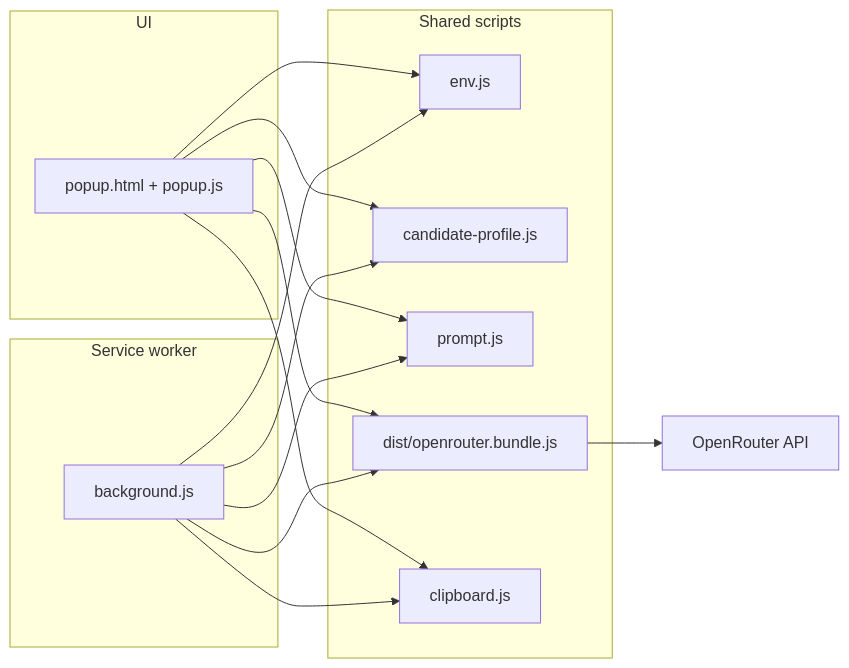
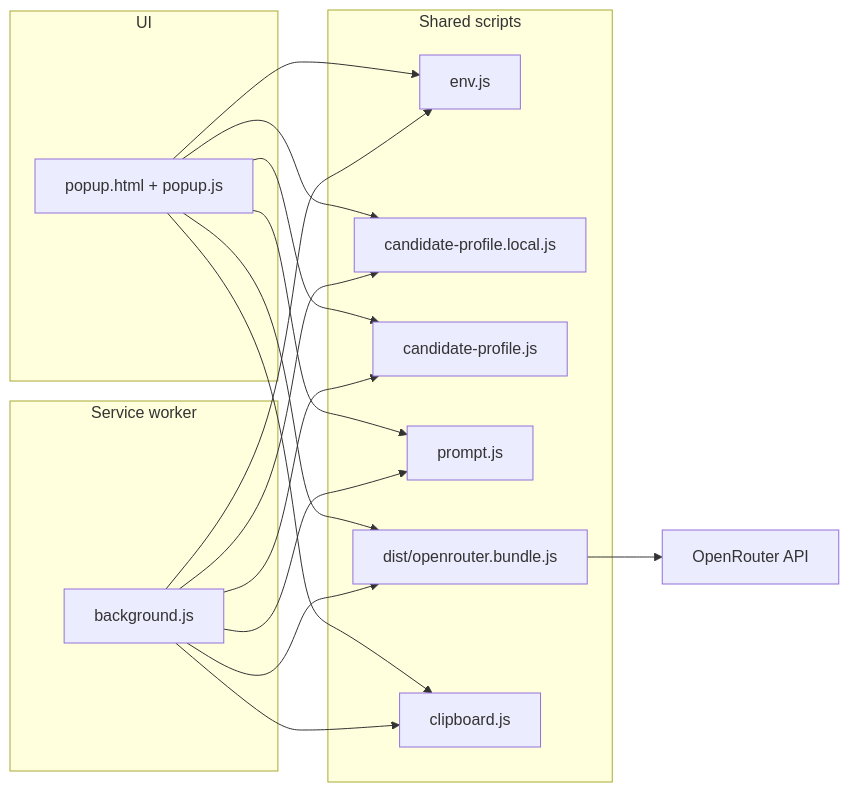
Before and after one commit to misha-mg/cover-letter-extension: the diagram in README.md, drawn with Mermaid. The commit also changed other lines of this file and 10 other files, not shown here.

First line of the commit message:
feat: move candidate profile to local config

````diff
--- a/README.md
+++ b/README.md
@@ -57,28 +61,31 @@
 ```mermaid
 flowchart LR
   subgraph ui [UI]
     Popup[popup.html + popup.js]
   end
   subgraph sw [Service worker]
     BG[background.js]
   end
   subgraph shared [Shared scripts]
     ENV[env.js]
+    ProfileLocal[candidate-profile.local.js]
     Profile[candidate-profile.js]
     Prompt[prompt.js]
     Bundle[dist/openrouter.bundle.js]
     Clip[clipboard.js]
   end
   API[OpenRouter API]
   Popup --> ENV
+  Popup --> ProfileLocal
   Popup --> Profile
   Popup --> Prompt
   Popup --> Bundle
   Popup --> Clip
   BG --> ENV
+  BG --> ProfileLocal
   BG --> Profile
   BG --> Prompt
   BG --> Bundle
   BG --> Clip
   Bundle --> API
 ```
````
